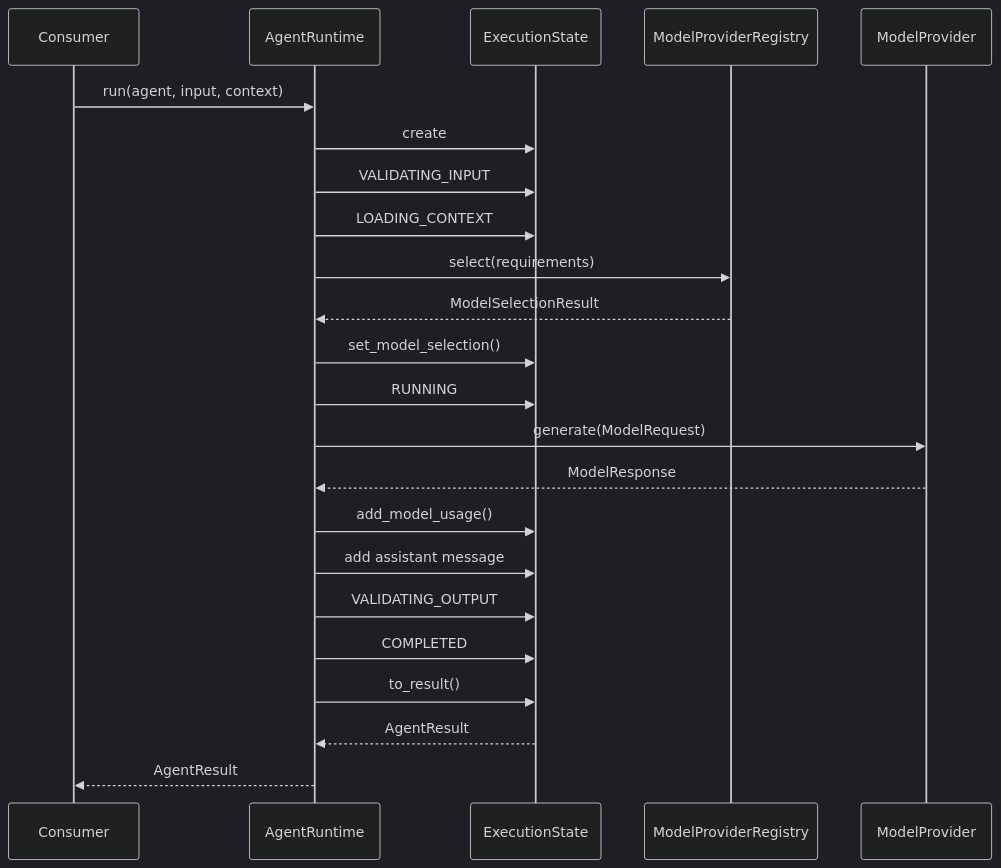
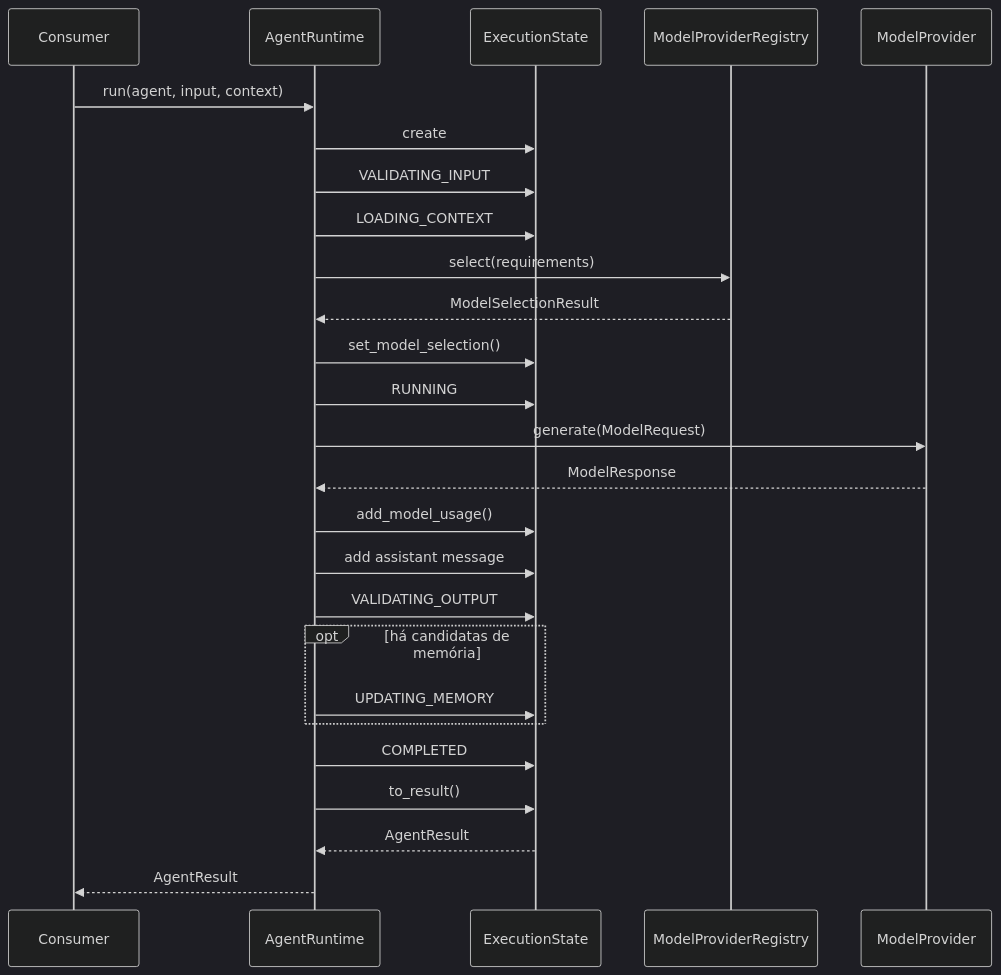
The diagram in docs/reference/agent-runtime.md (medidrones/ai-agent-framework), drawn with Mermaid (dark theme) before and after one commit. The commit also changed other lines of this file and 32 other files, not shown here.

````diff
--- a/docs/reference/agent-runtime.md
+++ b/docs/reference/agent-runtime.md
@@ -73,26 +73,29 @@
 ```mermaid
 sequenceDiagram
     participant C as Consumer
     participant R as AgentRuntime
     participant S as ExecutionState
     participant MR as ModelProviderRegistry
     participant P as ModelProvider
 
     C->>R: run(agent, input, context)
     R->>S: create
     R->>S: VALIDATING_INPUT
     R->>S: LOADING_CONTEXT
     R->>MR: select(requirements)
     MR-->>R: ModelSelectionResult
     R->>S: set_model_selection()
     R->>S: RUNNING
     R->>P: generate(ModelRequest)
     P-->>R: ModelResponse
     R->>S: add_model_usage()
     R->>S: add assistant message
     R->>S: VALIDATING_OUTPUT
+    opt há candidatas de memória
+        R->>S: UPDATING_MEMORY
+    end
     R->>S: COMPLETED
     R->>S: to_result()
     S-->>R: AgentResult
     R-->>C: AgentResult
 ```
````
